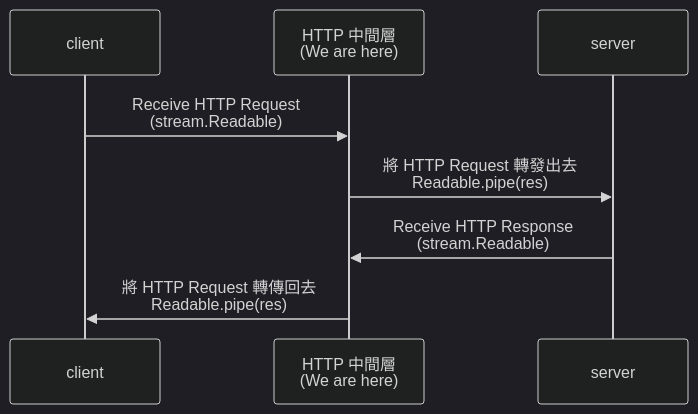
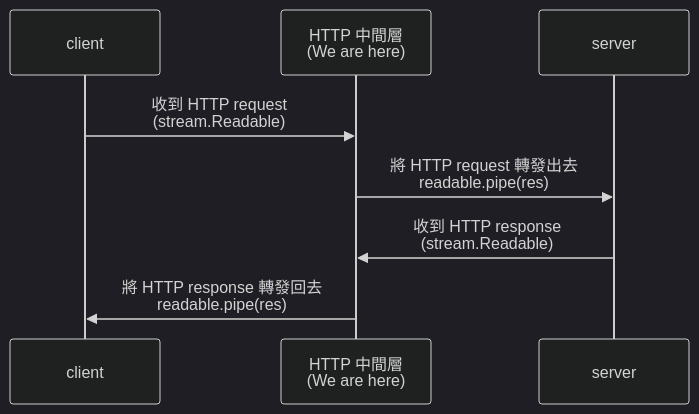
Before and after one commit to samuel871211/yusheng-tech-blog: the diagram in docs/nodejs/stream-advance.md, drawn with Mermaid (dark theme). The commit also changed other lines of this file, not shown here.

Commit message:
stream advance

````diff
--- a/docs/nodejs/stream-advance.md
+++ b/docs/nodejs/stream-advance.md
@@ -204,11 +206,11 @@
 ```mermaid
 sequenceDiagram
   participant client
   participant middle as HTTP 中間層<br/>(We are here)
   participant server
 
-  client ->> middle: Receive HTTP Request<br/>(stream.Readable)
-  middle ->> server: 將 HTTP Request 轉發出去<br/>Readable.pipe(res)
-  server ->> middle: Receive HTTP Response<br/>(stream.Readable)
-  middle ->> client: 將 HTTP Request 轉傳回去<br/>Readable.pipe(res)
+  client ->> middle: 收到 HTTP request<br/>(stream.Readable)
+  middle ->> server: 將 HTTP request 轉發出去<br/>readable.pipe(res)
+  server ->> middle: 收到 HTTP response<br/>(stream.Readable)
+  middle ->> client: 將 HTTP response 轉發回去<br/>readable.pipe(res)
 ```
````
